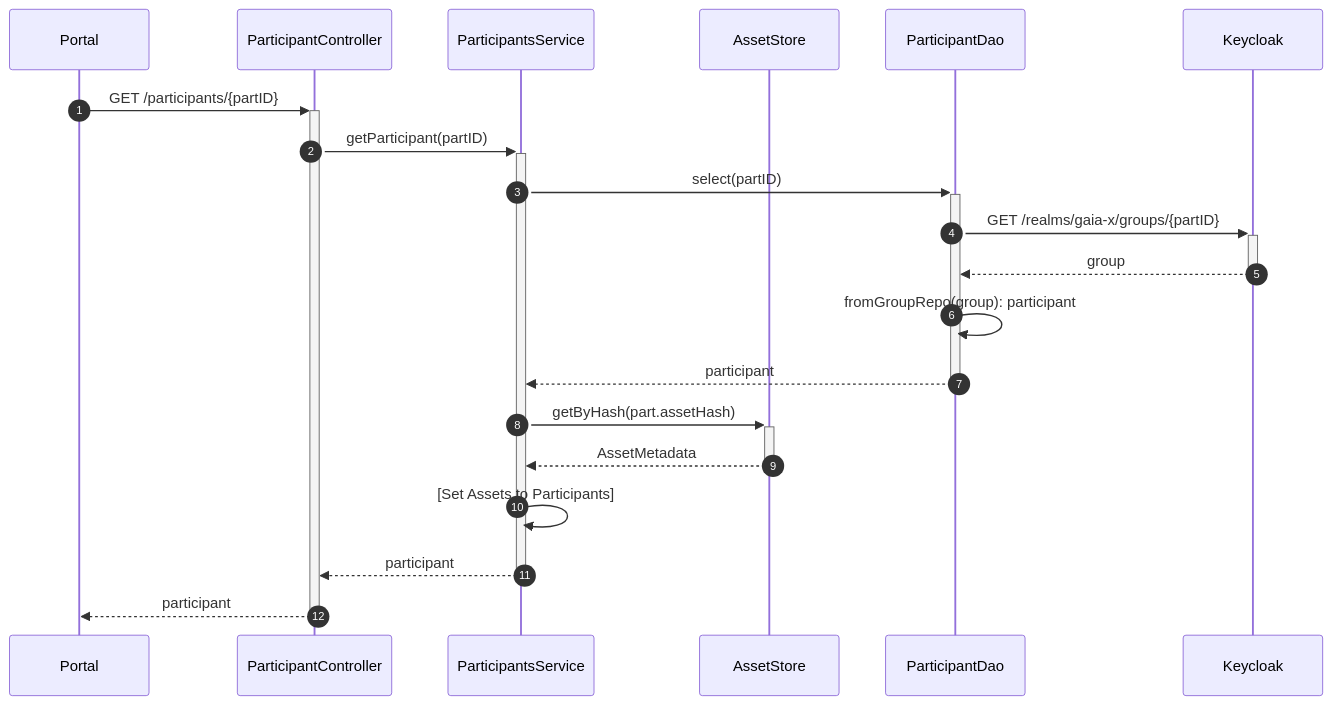
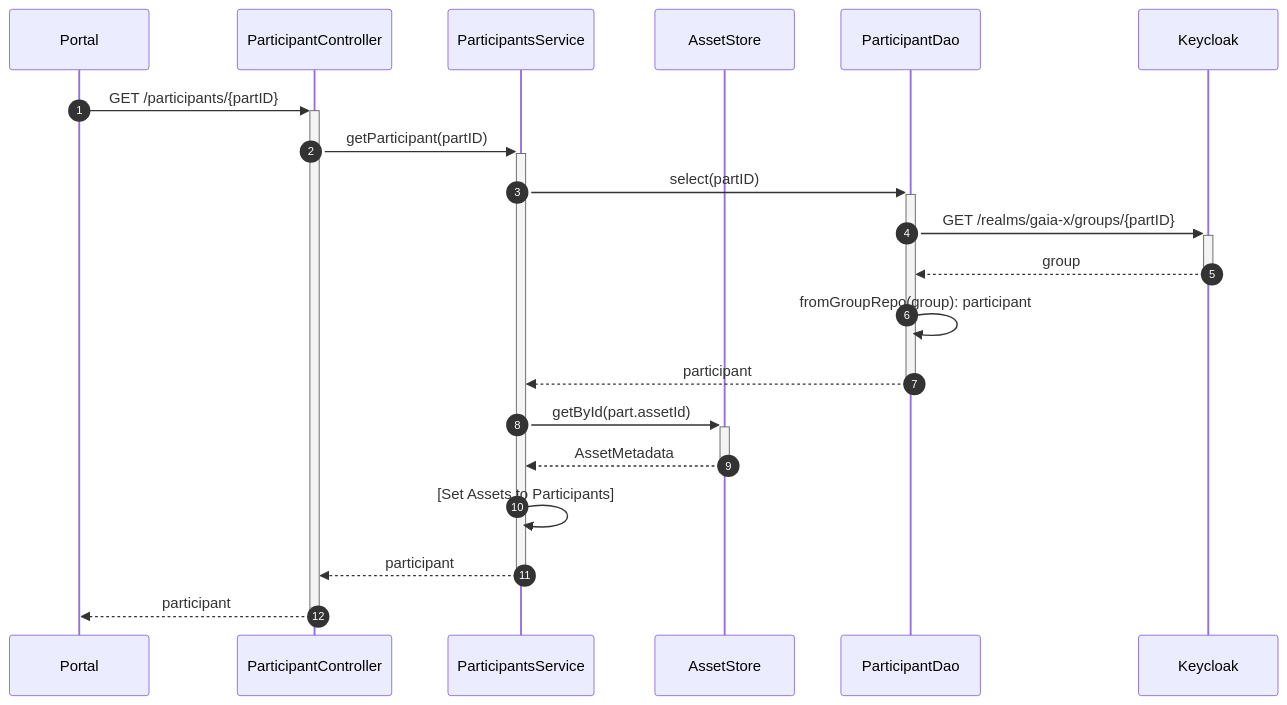
The third of 35 diagrams in federated-catalogue/src/docs/architecture/chapters/06_runtime_view.adoc (federated-catalogue-enhancements-2026/docs), drawn with Mermaid before and after one commit. The commit also changed other lines of this file and 4 other files, not shown here.

```diff
--- a/federated-catalogue/src/docs/architecture/chapters/06_runtime_view.adoc
+++ b/federated-catalogue/src/docs/architecture/chapters/06_runtime_view.adoc
@@ -97,23 +97,23 @@
 [mermaid, width=2000]
 ....
 sequenceDiagram
     autonumber
     participant Portal
     participant ParticipantController
     participant ParticipantsService
     participant AssetStore as AssetStore
     participant ParticipantDao
     participant Keycloak
     Portal ->> + ParticipantController: GET /participants/{partID}
     ParticipantController ->> + ParticipantsService: getParticipant(partID)
     ParticipantsService ->> + ParticipantDao: select(partID)
     ParticipantDao ->> + Keycloak: GET /realms/gaia-x/groups/{partID}
     Keycloak -->> - ParticipantDao: group
     ParticipantDao ->> ParticipantDao: fromGroupRepo(group): participant
     ParticipantDao -->> - ParticipantsService: participant
-    ParticipantsService ->> + AssetStore: getByHash(part.assetHash)
+    ParticipantsService ->> + AssetStore: getById(part.assetId)
     AssetStore -->> - ParticipantsService: AssetMetadata
     ParticipantsService ->> ParticipantsService: [Set Assets to Participants]
     ParticipantsService -->> - ParticipantController: participant
     ParticipantController -->> - Portal: participant
 ....
```
